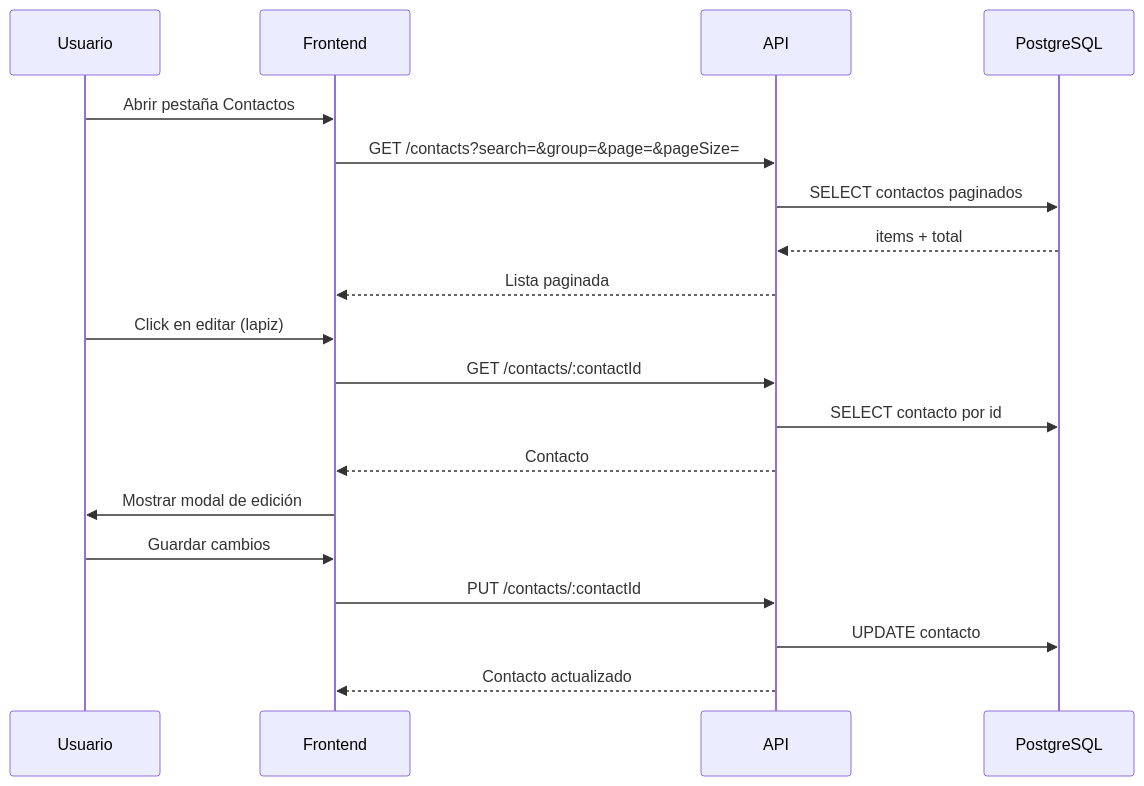
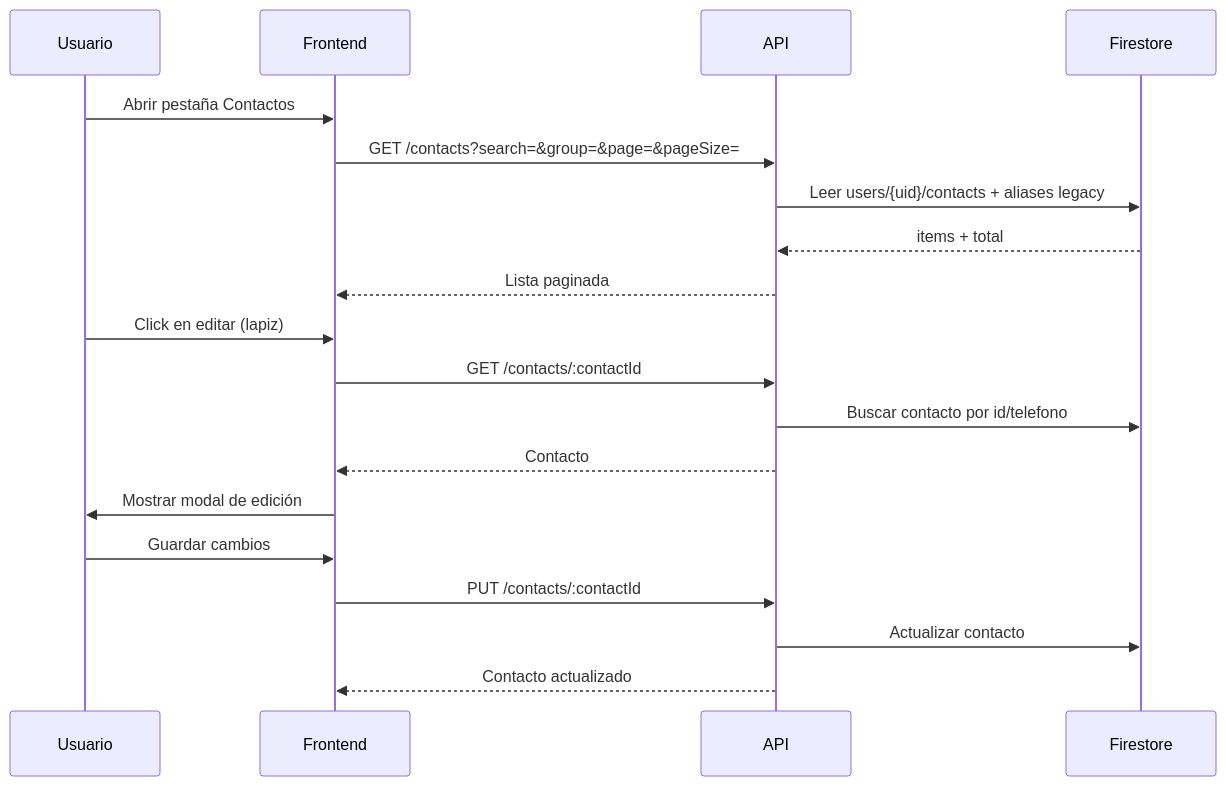
The third of 4 diagrams in README.md (fito422480/message-sender), drawn with Mermaid before and after one commit. The commit also changed other lines of this file and 2 other files, not shown here.

Commit message:
refactor: mejorar la gestión de Firestore para contactos y métricas, optimizando la lectura de datos históricos y el manejo de campañas

````diff
--- a/README.md
+++ b/README.md
@@ -289,23 +347,23 @@
 ```mermaid
 sequenceDiagram
   participant U as Usuario
   participant FE as Frontend
   participant BE as API
-  participant DB as PostgreSQL
+  participant FS as Firestore
 
   U->>FE: Abrir pestaña Contactos
   FE->>BE: GET /contacts?search=&group=&page=&pageSize=
-  BE->>DB: SELECT contactos paginados
-  DB-->>BE: items + total
+  BE->>FS: Leer users/{uid}/contacts + aliases legacy
+  FS-->>BE: items + total
   BE-->>FE: Lista paginada
 
   U->>FE: Click en editar (lapiz)
   FE->>BE: GET /contacts/:contactId
-  BE->>DB: SELECT contacto por id
+  BE->>FS: Buscar contacto por id/telefono
   BE-->>FE: Contacto
   FE->>U: Mostrar modal de edición
   U->>FE: Guardar cambios
   FE->>BE: PUT /contacts/:contactId
-  BE->>DB: UPDATE contacto
+  BE->>FS: Actualizar contacto
   BE-->>FE: Contacto actualizado
 ```
````
